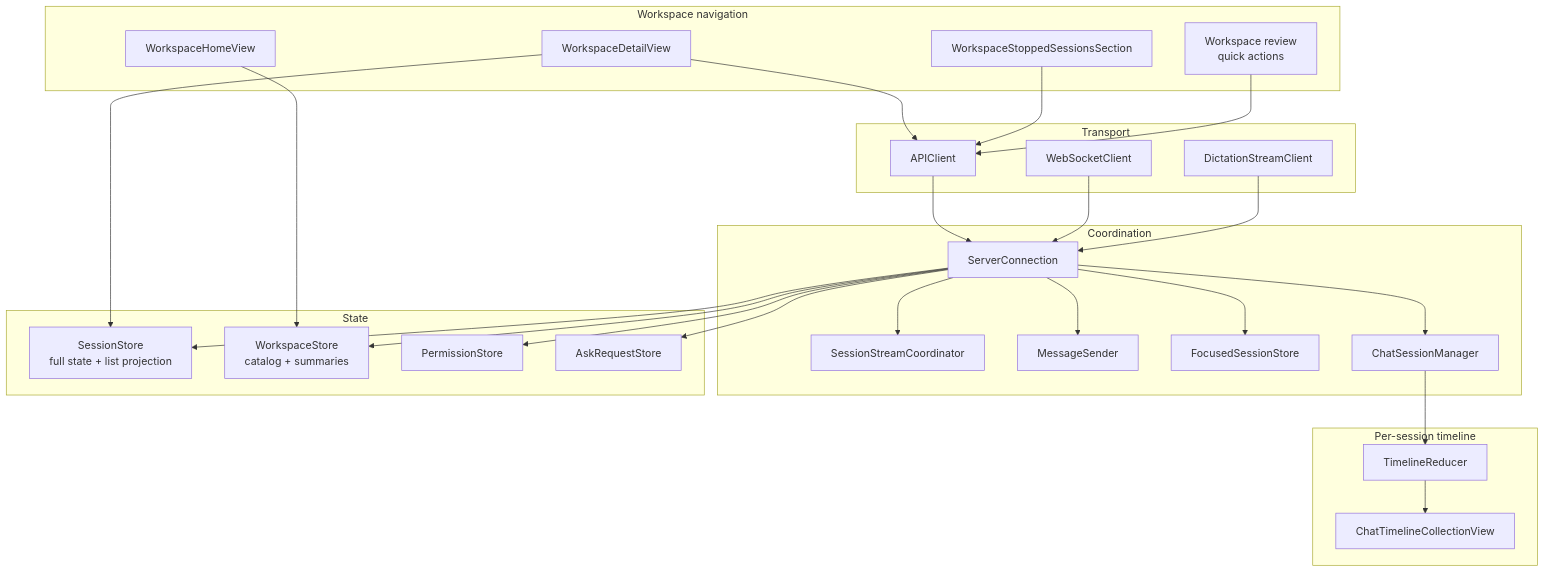
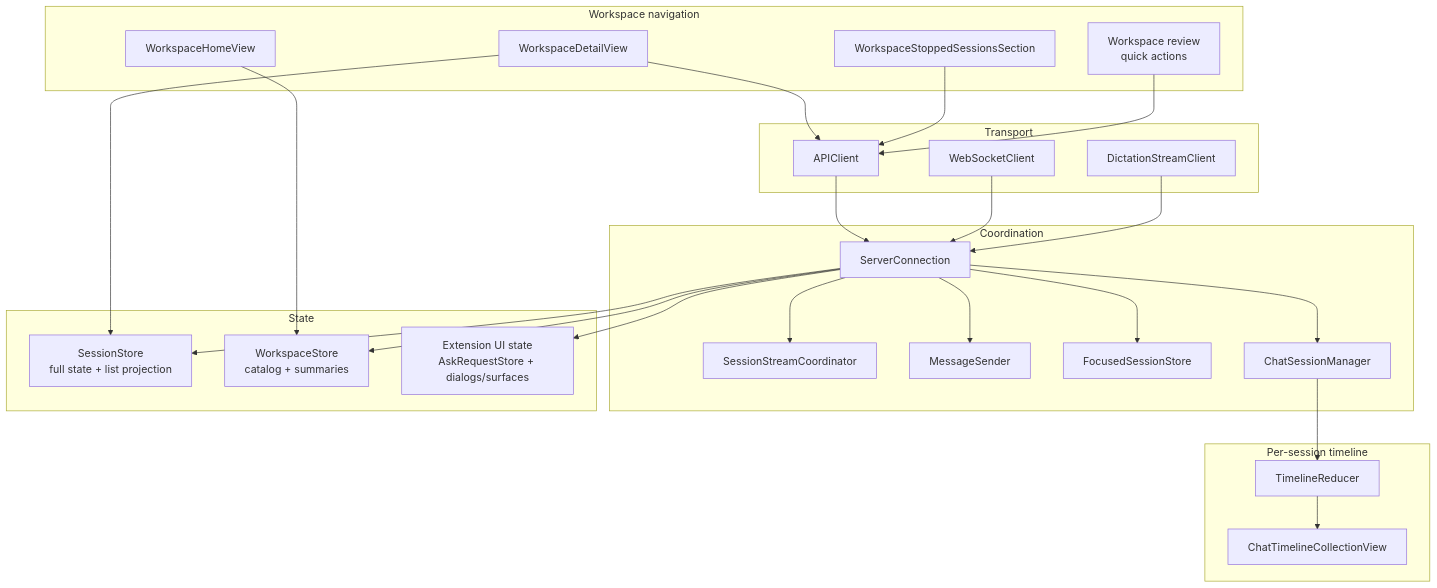
The sixth of 7 diagrams in docs/architecture.md (duh17/oppi), drawn with Mermaid before and after one commit. The commit also changed other lines of this file and 94 other files, not shown here.

````diff
--- a/docs/architecture.md
+++ b/docs/architecture.md
@@ -188,54 +190,52 @@
 ```mermaid
 graph TD
   subgraph Transport[Transport]
     API[APIClient]
     SessionClient[WebSocketClient]
     AudioClient[DictationStreamClient]
   end
 
   subgraph Coordination[Coordination]
     Connection[ServerConnection]
     StreamCoord[SessionStreamCoordinator]
     Sender[MessageSender]
     Focus[FocusedSessionStore]
     ChatManager[ChatSessionManager]
   end
 
   subgraph State[State]
     SessionStore[SessionStore<br/>full state + list projection]
     WorkspaceStore[WorkspaceStore<br/>catalog + summaries]
-    PermissionStore[PermissionStore]
-    AskStore[AskRequestStore]
+    ExtensionUIState[Extension UI state<br/>AskRequestStore + dialogs/surfaces]
   end
 
   subgraph WorkspaceViews[Workspace navigation]
     Home[WorkspaceHomeView]
     Detail[WorkspaceDetailView]
     Archive[WorkspaceStoppedSessionsSection]
     Review[Workspace review<br/>quick actions]
   end
 
   subgraph Timeline[Per-session timeline]
     Reducer[TimelineReducer]
     UIKit[ChatTimelineCollectionView]
   end
 
   API --> Connection
   SessionClient --> Connection
   AudioClient --> Connection
   Connection --> StreamCoord
   Connection --> Sender
   Connection --> Focus
   Connection --> SessionStore
   Connection --> WorkspaceStore
-  Connection --> PermissionStore
-  Connection --> AskStore
+  Connection --> ExtensionUIState
   Connection --> ChatManager
   Home --> WorkspaceStore
   Detail --> SessionStore
   Detail --> API
   Archive --> API
   Review --> API
   ChatManager --> Reducer
   Reducer --> UIKit
 ```
````
